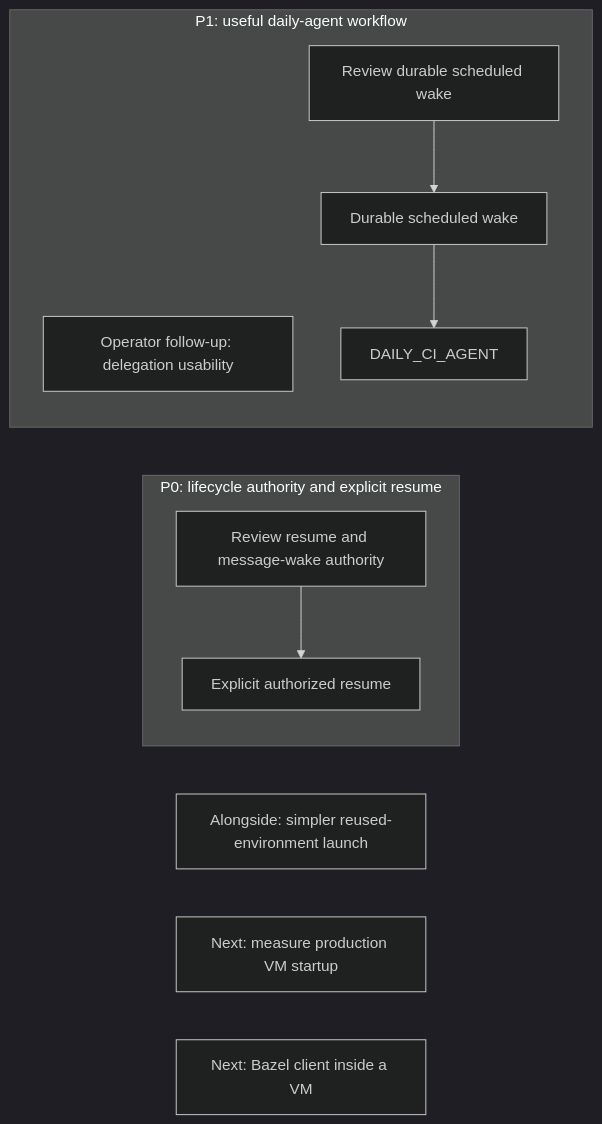
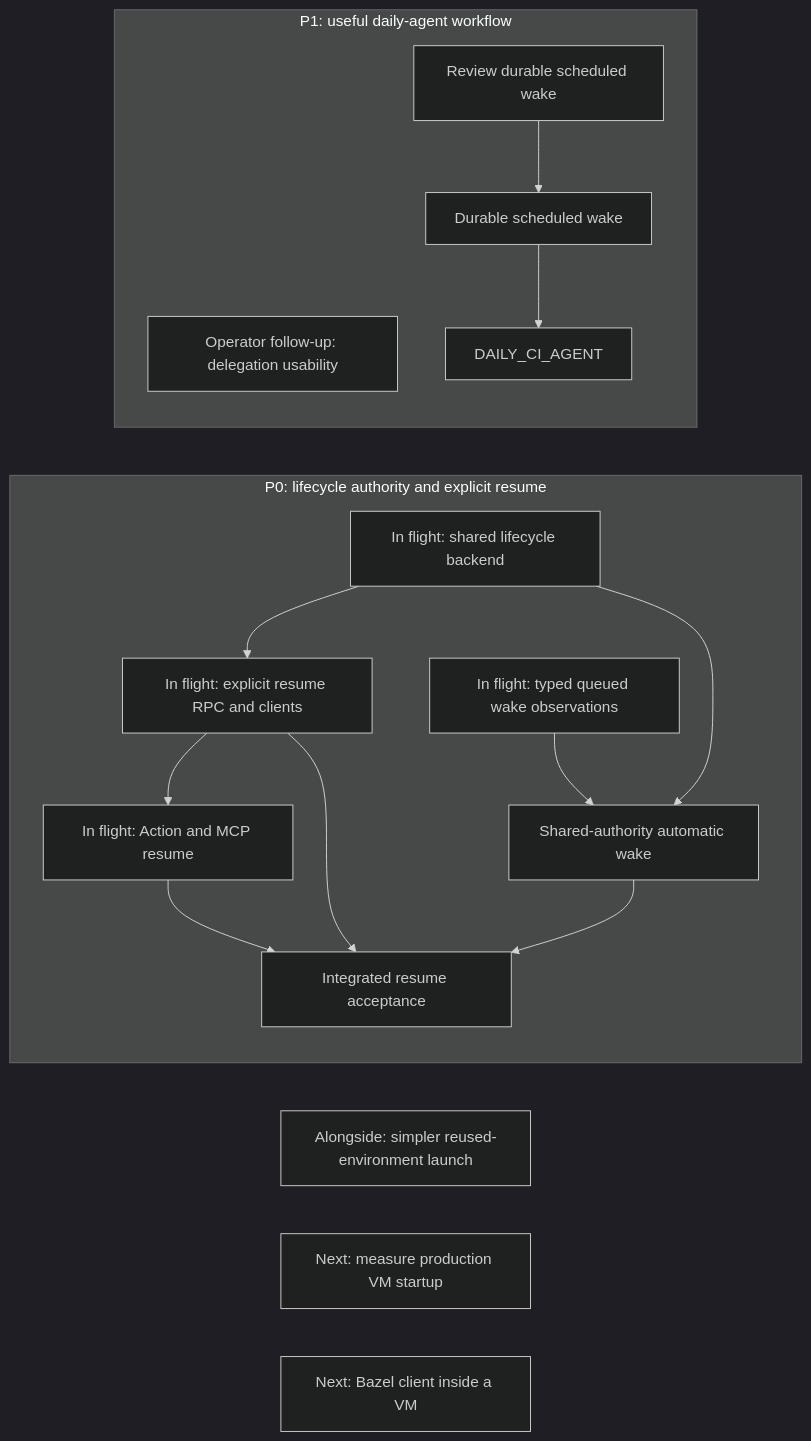
Before and after one commit to agentydragon/ducktape: the first of 18 diagrams in agentplane/plans/task_dag.md, drawn with Mermaid (dark theme). The commit also changed other lines of this file and 2 other files, not shown here.

Commit message:
Record approved resume implementation and dispatch dependencies

````diff
--- a/agentplane/plans/task_dag.md
+++ b/agentplane/plans/task_dag.md
@@ -186,15 +187,21 @@
 ```mermaid
 flowchart LR
     subgraph PRIORITY_ZERO[P0: lifecycle authority and explicit resume]
-        SANDBOX_LIFECYCLE_AUTHORIZATION_DESIGN[Review resume and message-wake authority]
-        SANDBOX_LIFECYCLE_AUTHORIZATION_DESIGN --> EXEC_SUSPENDED_RESUME[Explicit authorized resume]
+        ENVIRONMENT_LIFECYCLE_BACKEND[In flight: shared lifecycle backend] --> ENVIRONMENT_RESUME_API[In flight: explicit resume RPC and clients]
+        DISPATCH_WAKE_OBSERVATION[In flight: typed queued wake observations]
+        ENVIRONMENT_LIFECYCLE_BACKEND --> DISPATCH_AUTHORIZED_WAKE[Shared-authority automatic wake]
+        DISPATCH_WAKE_OBSERVATION --> DISPATCH_AUTHORIZED_WAKE
+        ENVIRONMENT_RESUME_API --> ENVIRONMENT_RESUME_AGENT_TOOLS[In flight: Action and MCP resume]
+        ENVIRONMENT_RESUME_API --> EXEC_SUSPENDED_RESUME[Integrated resume acceptance]
+        DISPATCH_AUTHORIZED_WAKE --> EXEC_SUSPENDED_RESUME
+        ENVIRONMENT_RESUME_AGENT_TOOLS --> EXEC_SUSPENDED_RESUME
     end
     subgraph PRIORITY_ONE[P1: useful daily-agent workflow]
         THREAD_CREATE_AUTHORIZATION[Operator follow-up: delegation usability]
         SCHEDULED_AGENT_WAKE_DESIGN[Review durable scheduled wake] --> SCHEDULED_AGENT_WAKE
         SCHEDULED_AGENT_WAKE[Durable scheduled wake] --> DAILY_CI_AGENT
     end
     SESSION_LAUNCH_FRICTION[Alongside: simpler reused-environment launch]
     VM_STARTUP_LATENCY[Next: measure production VM startup]
     LOCAL_BAZEL[Next: Bazel client inside a VM]
 ```
````
